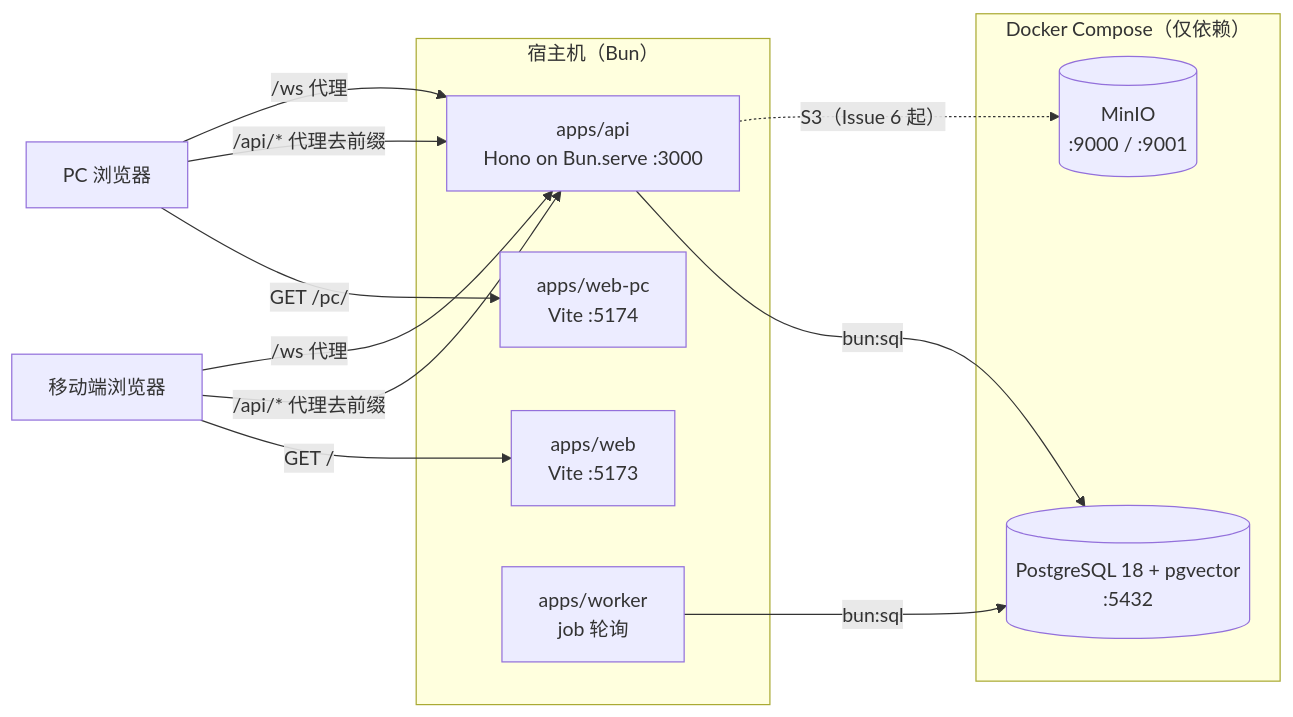
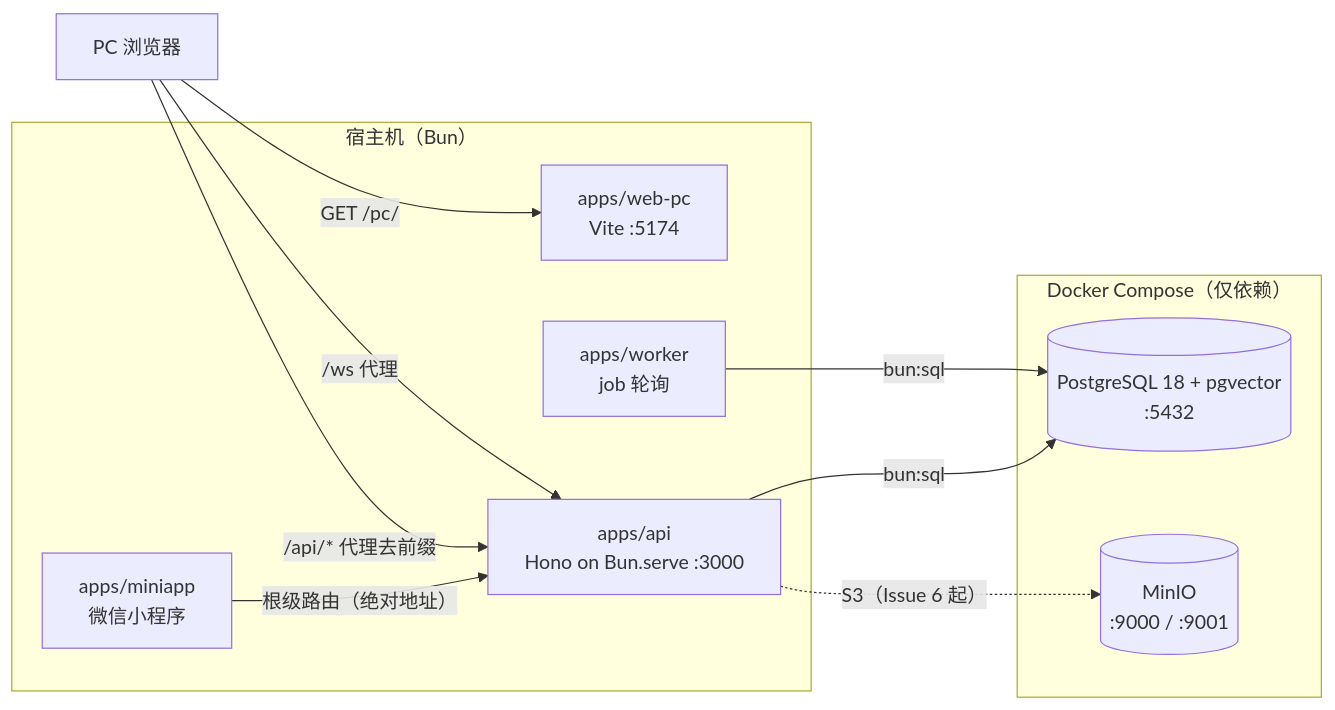
The first of 4 diagrams in docs/architecture.md (zzstar101/FISH), drawn with Mermaid before and after one commit. The commit also changed other lines of this file and 224 other files, not shown here.

First line of the commit message:
chore(infra): 移除 apps/web 移动端 PWA，品牌图改由 API 托管 (#325) (#334)

````diff
--- a/docs/architecture.md
+++ b/docs/architecture.md
@@ -65,24 +64,22 @@
 ```mermaid
 graph LR
   subgraph Host["宿主机（Bun）"]
-    WEB["apps/web<br/>Vite :5173"]
+    MINIAPP["apps/miniapp<br/>微信小程序"]
     WEB_PC["apps/web-pc<br/>Vite :5174"]
     API["apps/api<br/>Hono on Bun.serve :3000"]
     WORKER["apps/worker<br/>job 轮询"]
   end
 
   subgraph Docker["Docker Compose（仅依赖）"]
     PG[("PostgreSQL 18 + pgvector<br/>:5432")]
     MINIO[("MinIO<br/>:9000 / :9001")]
   end
 
-  BROWSER["移动端浏览器"] -->|"GET /"| WEB
+  MINIAPP -->|"根级路由（绝对地址）"| API
   PC_BROWSER["PC 浏览器"] -->|"GET /pc/"| WEB_PC
-  BROWSER -->|"/api/* 代理去前缀"| API
   PC_BROWSER -->|"/api/* 代理去前缀"| API
-  BROWSER -->|"/ws 代理"| API
   PC_BROWSER -->|"/ws 代理"| API
   API -->|"bun:sql"| PG
   WORKER -->|"bun:sql"| PG
   API -.->|"S3（Issue 6 起）"| MINIO
 ```
````
